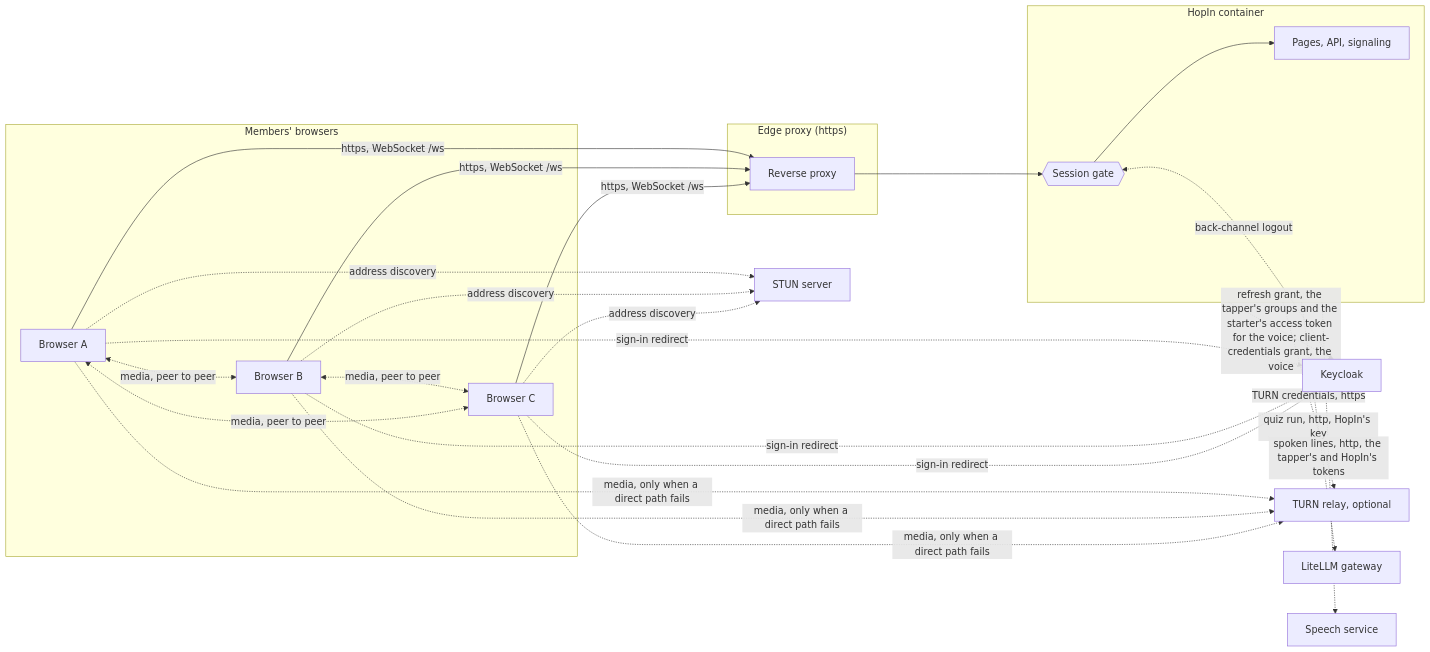
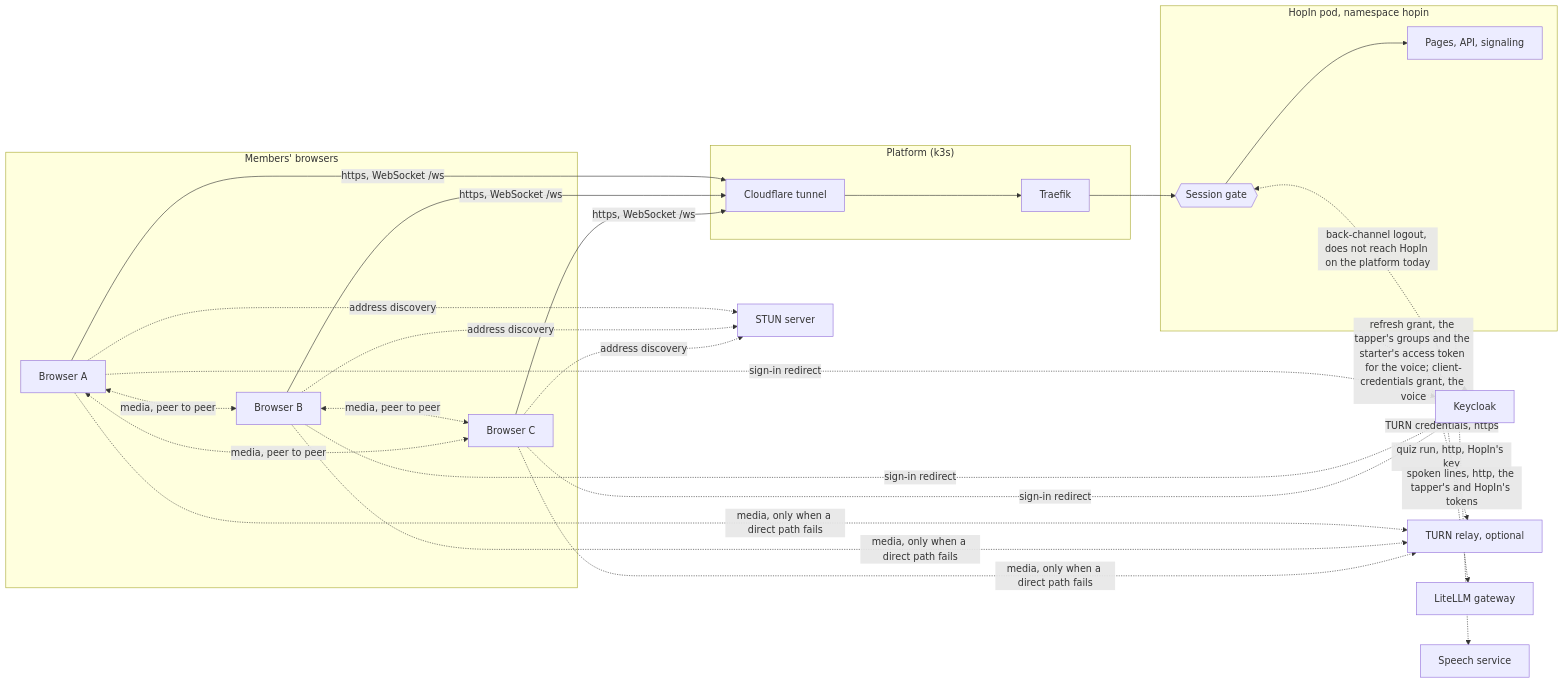
Before and after one commit to overnightworks/hopin: the first of 2 diagrams in docs/ARCHITECTURE.md, drawn with Mermaid. The commit also changed other lines of this file and 1 other file, not shown here.

Commit message:
Say that hopin runs on the platform
The live go held on 07.11.2026: hopin.hallucinai.de is served by the
platform, not by hal. Docs state what is true today, so README and the
Deployment View now name the platform path, its two known gaps (quiz
master unavailable, no back-channel logout) and compose.yaml as the
rollback only.

````diff
--- a/docs/ARCHITECTURE.md
+++ b/docs/ARCHITECTURE.md
@@ -9,27 +9,27 @@
 ```mermaid
 flowchart LR
     subgraph members["Members' browsers"]
         A[Browser A]
         B[Browser B]
         C[Browser C]
     end
     A <-. media, peer to peer .-> B
     B <-. media, peer to peer .-> C
     A <-. media, peer to peer .-> C
-    subgraph edge["Edge proxy (https)"]
-        P[Reverse proxy]
+    subgraph platform["Platform (k3s)"]
+        TU[Cloudflare tunnel] --> P[Traefik]
     end
-    A & B & C -- "https, WebSocket /ws" --> P
+    A & B & C -- "https, WebSocket /ws" --> TU
     P --> G
-    subgraph hopin["HopIn container"]
+    subgraph hopin["HopIn pod, namespace hopin"]
         G{{Session gate}} --> S[Pages, API, signaling]
     end
     A & B & C -. sign-in redirect .-> K[Keycloak]
-    K -. back-channel logout .-> G
+    K -. "back-channel logout, does not reach HopIn on the platform today" .-> G
     A & B & C -. address discovery .-> T[STUN server]
     A & B & C -. media, only when a direct path fails .-> R[TURN relay, optional]
     hopin -. TURN credentials, https .-> R
     hopin -. quiz run, http, HopIn's key .-> AG[LiteLLM gateway]
     hopin -. refresh grant, the tapper's groups and the starter's access token for the voice; client-credentials grant, the voice .-> K
     hopin -. spoken lines, http, the tapper's and HopIn's tokens .-> SP[Speech service]
 ```
````
